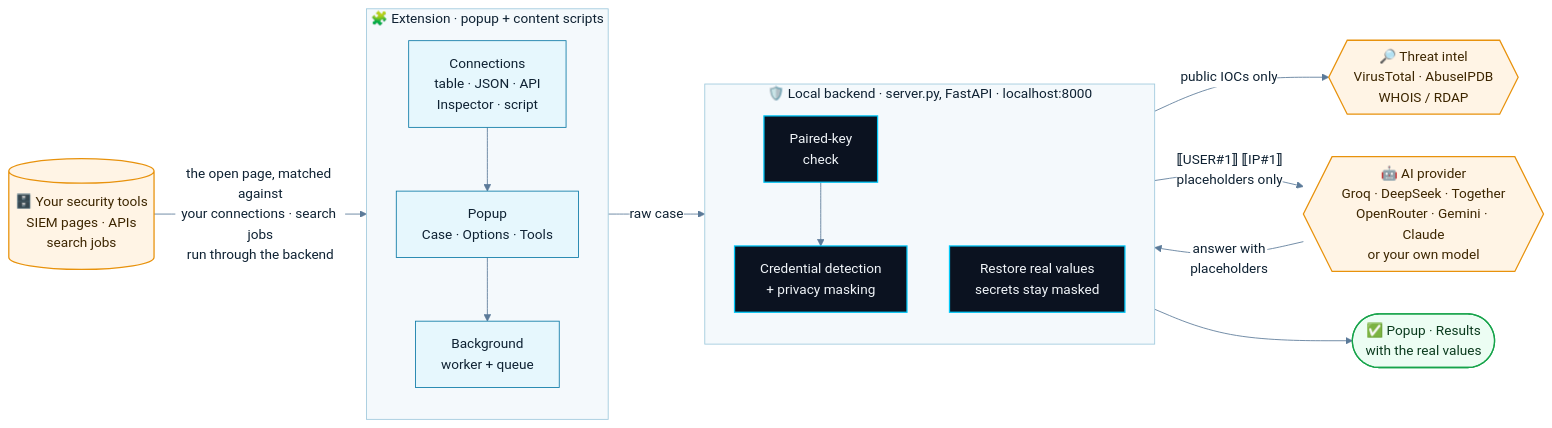
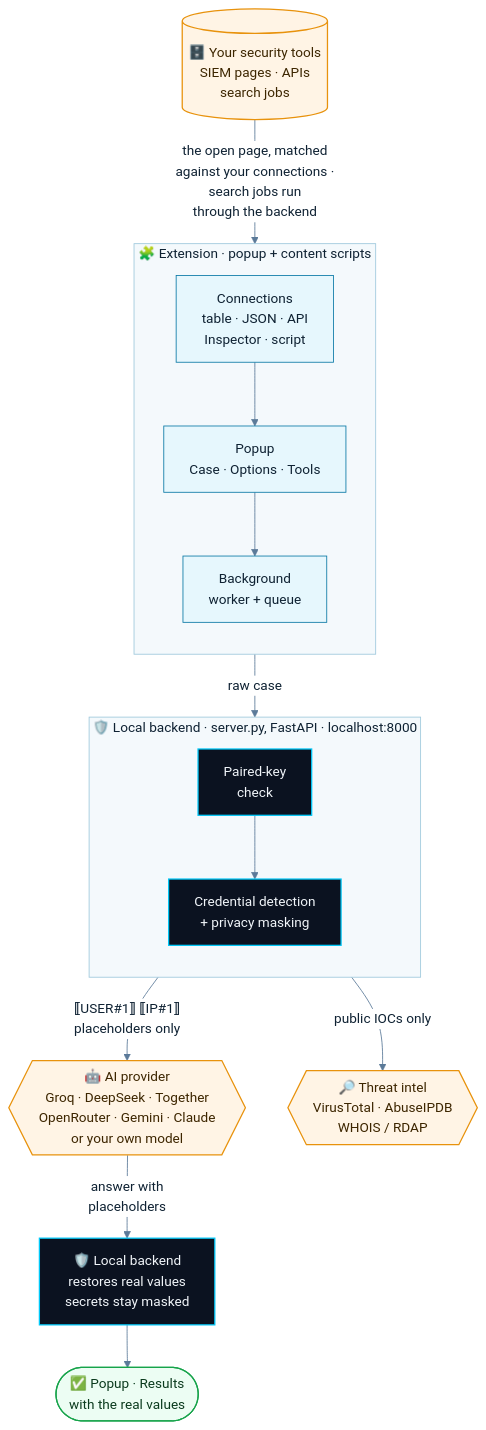
The first of 9 diagrams in docs/DIAGRAMS.md (aymenmarjan/veilux-soc-assistant), drawn with Mermaid before and after one commit. The commit also changed other lines of this file, not shown here.

Commit message:
docs: fix Mermaid diagram text clipping and layout

````diff
--- a/docs/DIAGRAMS.md
+++ b/docs/DIAGRAMS.md
@@ -20,37 +20,38 @@
 ```mermaid
-%%{init: {"theme":"base","themeVariables":{"primaryColor":"#E6F7FD","primaryBorderColor":"#0C7AA6","primaryTextColor":"#0F2233","lineColor":"#5B7A99","clusterBkg":"#F4F9FC","clusterBorder":"#9FC9DC","titleColor":"#0F2233","edgeLabelBackground":"#FFFFFF"}}}%%
-flowchart LR
+%%{init: {"theme":"base","themeVariables":{"primaryColor":"#E6F7FD","primaryBorderColor":"#0C7AA6","primaryTextColor":"#0F2233","lineColor":"#5B7A99","clusterBkg":"#F4F9FC","clusterBorder":"#9FC9DC","titleColor":"#0F2233","edgeLabelBackground":"#FFFFFF"},"flowchart":{"wrappingWidth":320}}}%%
+flowchart TD
     SIEM[("🗄️ Your security tools<br/>SIEM pages · APIs<br/>search jobs")]
     subgraph EXT["🧩 Extension · popup + content scripts"]
         direction TB
         CON["Connections<br/>table · JSON · API<br/>Inspector · script"]
         POP["Popup<br/>Case · Options · Tools"]
         BG["Background<br/>worker + queue"]
     end
     subgraph BE["🛡️ Local backend · server.py, FastAPI · localhost:8000"]
         direction TB
         AUTH["Paired-key<br/>check"]
         PROT["Credential detection<br/>+ privacy masking"]
-        RES["Restore real values<br/>secrets stay masked"]
     end
+    RES["🛡️ Local backend<br/>restores real values<br/>secrets stay masked"]
     AI{{"🤖 AI provider<br/>Groq · DeepSeek · Together<br/>OpenRouter · Gemini · Claude<br/>or your own model"}}
     TI{{"🔎 Threat intel<br/>VirusTotal · AbuseIPDB<br/>WHOIS / RDAP"}}
     OUT(["✅ Popup · Results<br/>with the real values"])
 
-    SIEM -- "the open page, matched against<br/>your connections · search jobs<br/>run through the backend" --> CON
+    SIEM -- "the open page, matched<br/>against your connections ·<br/>search jobs run<br/>through the backend" --> EXT
     CON --> POP --> BG
-    BG -- "raw case" --> AUTH --> PROT
+    BG -- "raw case" --> BE
+    AUTH --> PROT
     PROT -- "public IOCs only" --> TI
     PROT -- "⟦USER#1⟧ ⟦IP#1⟧<br/>placeholders only" --> AI
     AI -- "answer with<br/>placeholders" --> RES
     RES --> OUT
 
     classDef local fill:#0B1220,stroke:#00C8F8,color:#F1F5F9,stroke-width:1.5px
     classDef ext fill:#E6F7FD,stroke:#0C7AA6,color:#0F2233
     classDef out fill:#FFF4E5,stroke:#E8920C,color:#3D2600,stroke-width:1.5px
     classDef ok fill:#ECFDF3,stroke:#16A34A,color:#0B3B1E,stroke-width:1.5px
     class AUTH,PROT,RES local
     class POP,BG,CON ext
     class AI,TI,SIEM out
     class OUT ok
 ```
````
